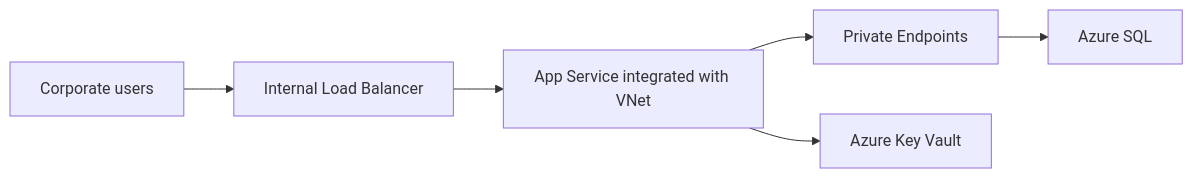
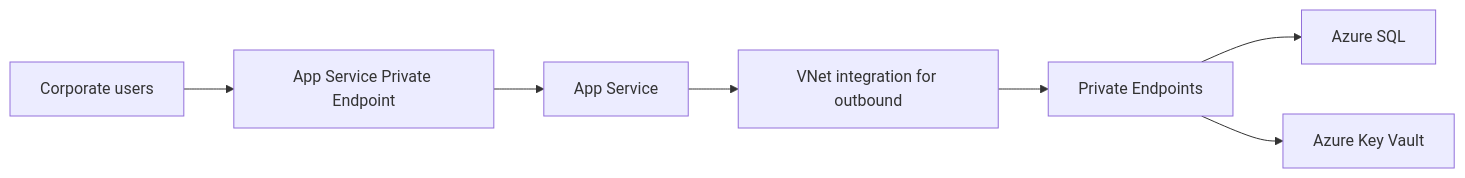
The diagram in docs/design-labs/lab-02-private-internal-app.md (yeongseon/azure-architecture-practical-guide), drawn with Mermaid before and after one commit. The commit also changed other lines of this file and 31 other files, not shown here.

````diff
--- a/docs/design-labs/lab-02-private-internal-app.md
+++ b/docs/design-labs/lab-02-private-internal-app.md
@@ -14,8 +16,9 @@
 ```mermaid
 flowchart LR
-    U[Corporate users] --> ILB[Internal Load Balancer]
-    ILB --> AS[App Service integrated with VNet]
-    AS --> PE[Private Endpoints]
-    PE --> SQL[Azure SQL]
-    AS --> KV[Azure Key Vault]
+    U[Corporate users] --> PE[App Service Private Endpoint]
+    PE --> AS[App Service]
+    AS --> VI[VNet integration for outbound]
+    VI --> DEP[Private Endpoints]
+    DEP --> SQL[Azure SQL]
+    DEP --> KV[Azure Key Vault]
 ```
````
